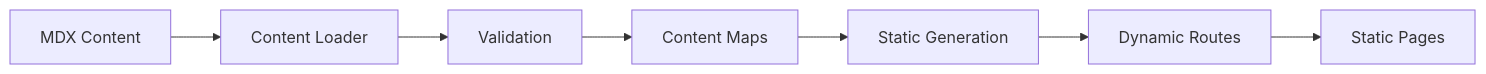
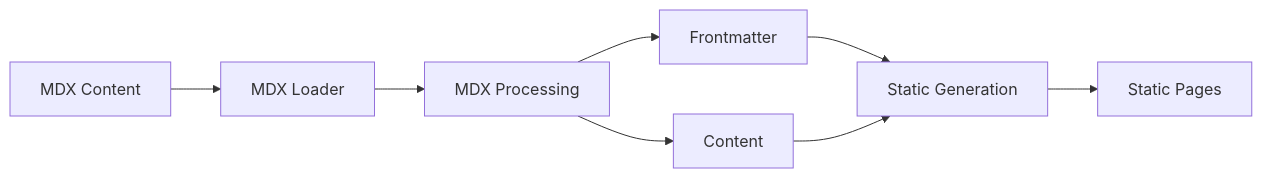
Before and after one commit to ddri/openqase: the second of 3 diagrams in docs/content-management.md, drawn with Mermaid. The commit also changed other lines of this file and 11 other files, not shown here.

````diff
--- a/docs/content-management.md
+++ b/docs/content-management.md
@@ -143,9 +161,10 @@
 ```mermaid
 graph LR
-    A[MDX Content] --> B[Content Loader]
-    B --> C[Validation]
-    C --> D[Content Maps]
-    D --> E[Static Generation]
-    E --> F[Dynamic Routes]
+    A[MDX Content] --> B[MDX Loader]
+    B --> C[MDX Processing]
+    C --> D[Frontmatter]
+    C --> E[Content]
+    D --> F[Static Generation]
+    E --> F
     F --> G[Static Pages]
 ```
````
